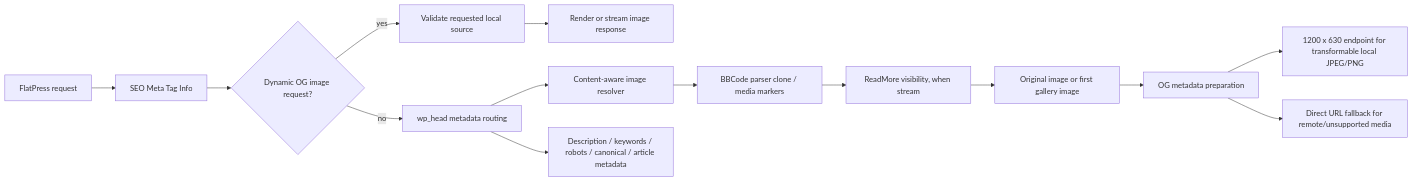
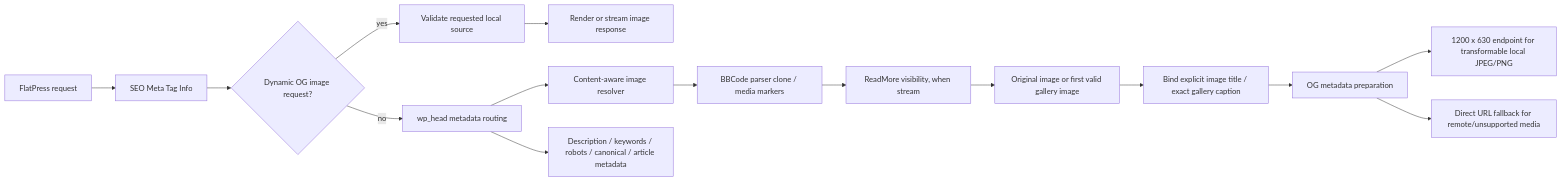
Before and after one commit to flatpressblog/flatpress: the diagram in fp-plugins/seometataginfo/developer-docs/README.md, drawn with Mermaid. The commit also changed other lines of this file and 18 other files, not shown here.

````diff
--- a/fp-plugins/seometataginfo/developer-docs/README.md
+++ b/fp-plugins/seometataginfo/developer-docs/README.md
@@ -90,16 +96,17 @@
 ```mermaid
 flowchart LR
     A[FlatPress request] --> B[SEO Meta Tag Info]
     B --> C{Dynamic OG image request?}
     C -- yes --> D[Validate requested local source]
     D --> E[Render or stream image response]
     C -- no --> F[wp_head metadata routing]
     F --> G[Content-aware image resolver]
     G --> H[BBCode parser clone / media markers]
     H --> I[ReadMore visibility, when stream]
-    I --> J[Original image or first gallery image]
-    J --> K[OG metadata preparation]
+    I --> J[Original image or first valid gallery image]
+    J --> JA[Bind explicit image title / exact gallery caption]
+    JA --> K[OG metadata preparation]
     K --> L[1200 x 630 endpoint for transformable local JPEG/PNG]
     K --> M[Direct URL fallback for remote/unsupported media]
     F --> N[Description / keywords / robots / canonical / article metadata]
 ```
````
